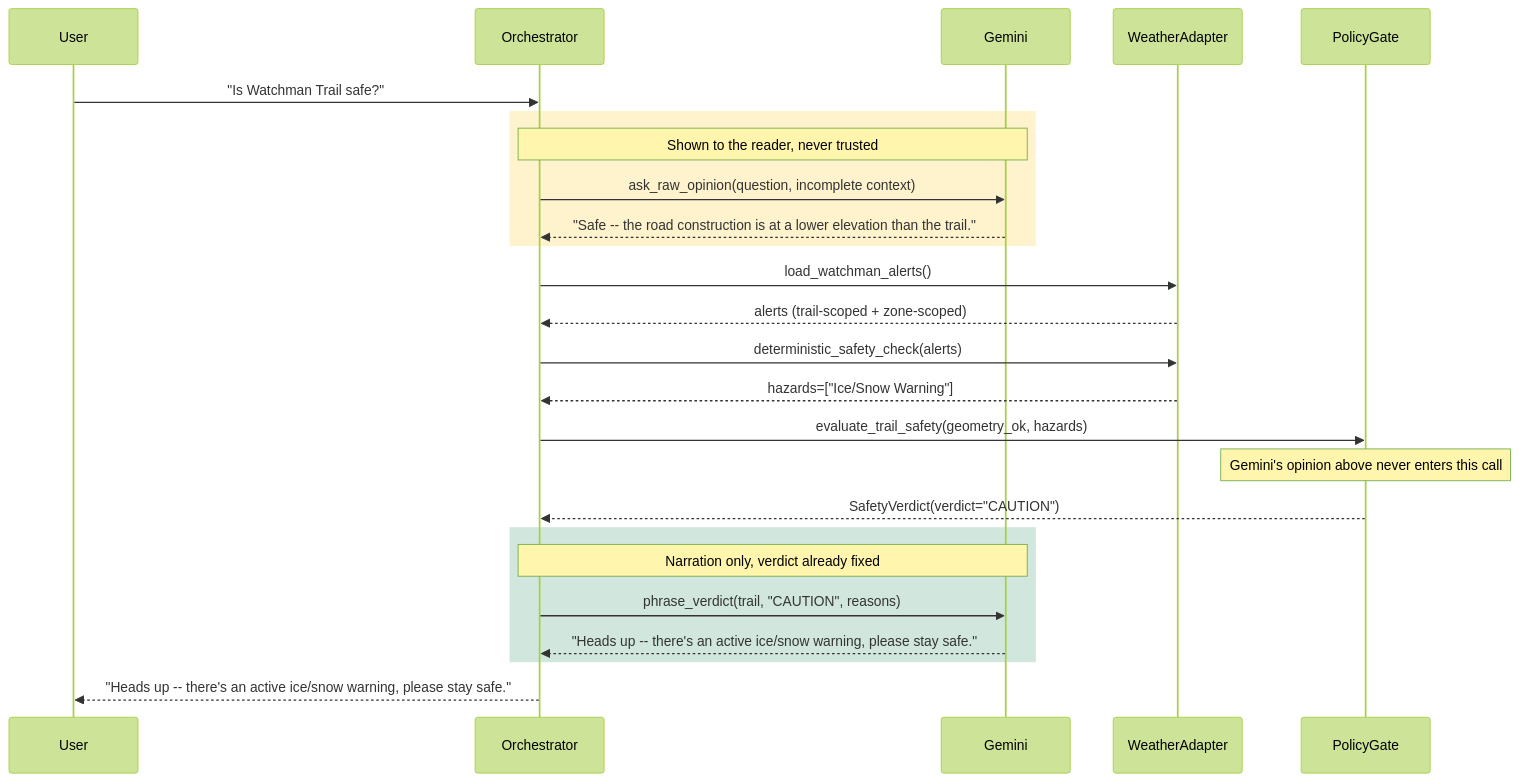
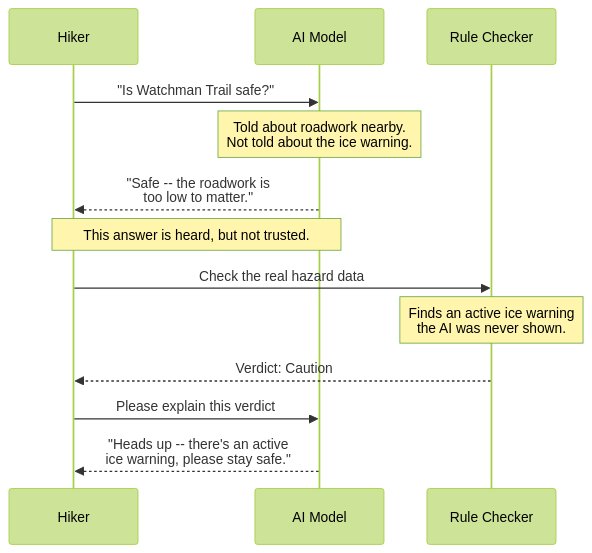
Before and after one commit to mohitagr18/ch01-production-reality: the diagram in workflow/02_orchestrator_sequence.md, drawn with Mermaid (forest theme). The commit also changed other lines of this file and 2 other files, not shown here.

Commit message:
Simplify workflow diagrams for chapter 1 readability; fix text contrast on colored nodes

````diff
--- a/workflow/02_orchestrator_sequence.md
+++ b/workflow/02_orchestrator_sequence.md
@@ -12,33 +8,18 @@
 ```mermaid
 sequenceDiagram
-    participant User
-    participant Orchestrator
-    participant Gemini
-    participant WeatherAdapter
-    participant PolicyGate
+    participant Hiker
+    participant AI as AI Model
+    participant Checker as Rule Checker
 
-    User->>Orchestrator: "Is Watchman Trail safe?"
+    Hiker->>AI: "Is Watchman Trail safe?"
+    Note over AI: Told about roadwork nearby.<br/>Not told about the ice warning.
+    AI-->>Hiker: "Safe -- the roadwork is<br/>too low to matter."
+    Note over Hiker,AI: This answer is heard, but not trusted.
 
-    rect rgb(255, 243, 205)
-    Note over Orchestrator,Gemini: Shown to the reader, never trusted
-    Orchestrator->>Gemini: ask_raw_opinion(question, incomplete context)
-    Gemini-->>Orchestrator: "Safe -- the road construction is at a lower elevation than the trail."
-    end
+    Hiker->>Checker: Check the real hazard data
+    Note over Checker: Finds an active ice warning<br/>the AI was never shown.
+    Checker-->>Hiker: Verdict: Caution
 
-    Orchestrator->>WeatherAdapter: load_watchman_alerts()
-    WeatherAdapter-->>Orchestrator: alerts (trail-scoped + zone-scoped)
-    Orchestrator->>WeatherAdapter: deterministic_safety_check(alerts)
-    WeatherAdapter-->>Orchestrator: hazards=["Ice/Snow Warning"]
-
-    Orchestrator->>PolicyGate: evaluate_trail_safety(geometry_ok, hazards)
-    Note over PolicyGate: Gemini's opinion above never enters this call
-    PolicyGate-->>Orchestrator: SafetyVerdict(verdict="CAUTION")
-
-    rect rgb(209, 231, 221)
-    Note over Orchestrator,Gemini: Narration only, verdict already fixed
-    Orchestrator->>Gemini: phrase_verdict(trail, "CAUTION", reasons)
-    Gemini-->>Orchestrator: "Heads up -- there's an active ice/snow warning, please stay safe."
-    end
-
-    Orchestrator-->>User: "Heads up -- there's an active ice/snow warning, please stay safe."
+    Hiker->>AI: Please explain this verdict
+    AI-->>Hiker: "Heads up -- there's an active<br/>ice warning, please stay safe."
 ```
````
